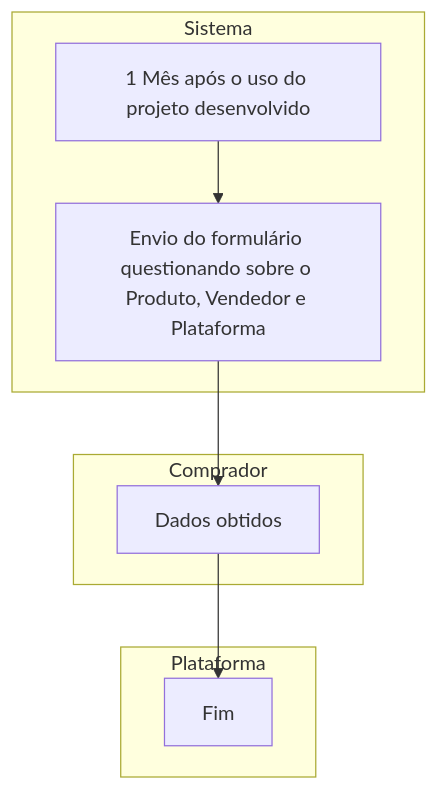
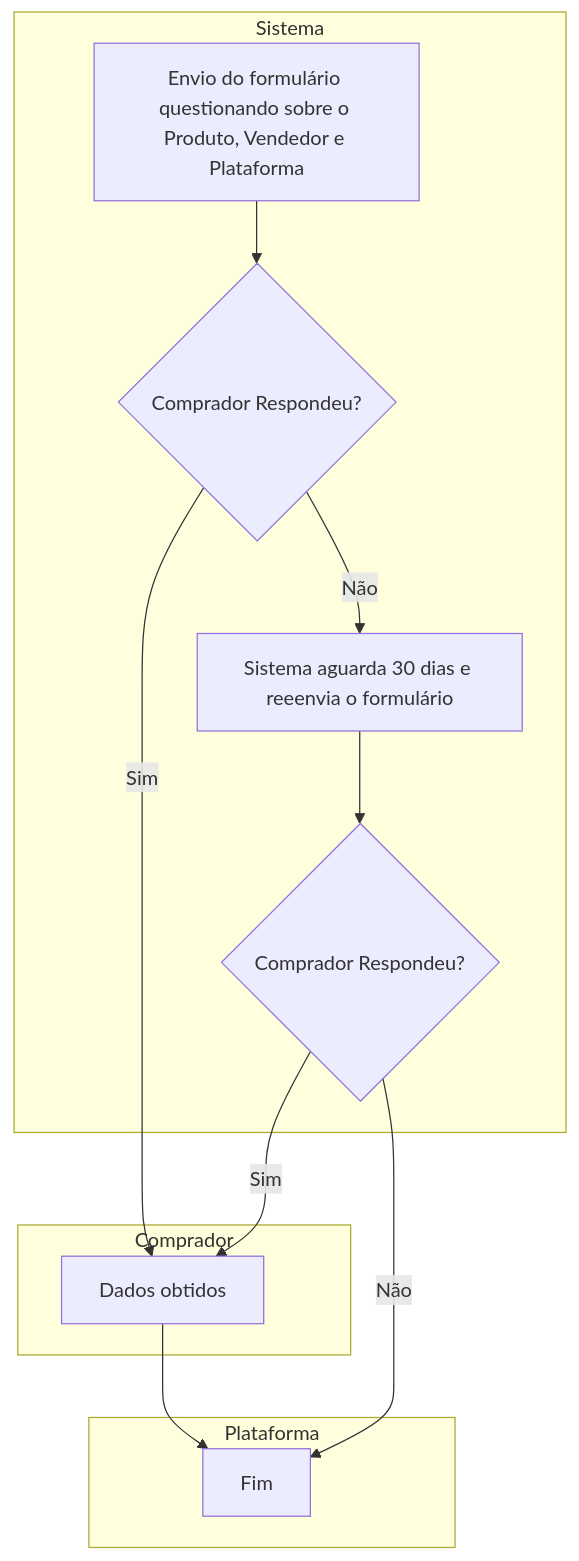
The fourth of 7 diagrams in Wiki.md (giovanni1351/EngenhariaDeSoftwareProjeto), drawn with Mermaid before and after one commit. The commit also changed other lines of this file and 3 other files, not shown here.

Commit message:
Adicionando o modelo estrutural e o diagrama de classes

````diff
--- a/Wiki.md
+++ b/Wiki.md
@@ -202,14 +175,21 @@
 ```mermaid
 graph TD;
     subgraph Sistema["Sistema"]
-        A[1 Mês após o uso do projeto desenvolvido] --> B[Envio do formulário questionando sobre o Produto, Vendedor e Plataforma]
+        A[Envio do formulário questionando sobre o Produto, Vendedor e Plataforma] --> B{Comprador Respondeu?}
+        B --> |Não| F[Sistema aguarda 30 dias e reeenvia o formulário]
+        F --> G{Comprador Respondeu?}
+        
+        
     end
     
     subgraph Comprador["Comprador"]
-        B --> C[Dados obtidos]
+        B -->|Sim| C[Dados obtidos]
+        
     end
     
     subgraph Plataforma["Plataforma"]
         C --> D[Fim]
+        G -->|Sim| C
+        G -->|Não| D
     end
 ```
````
